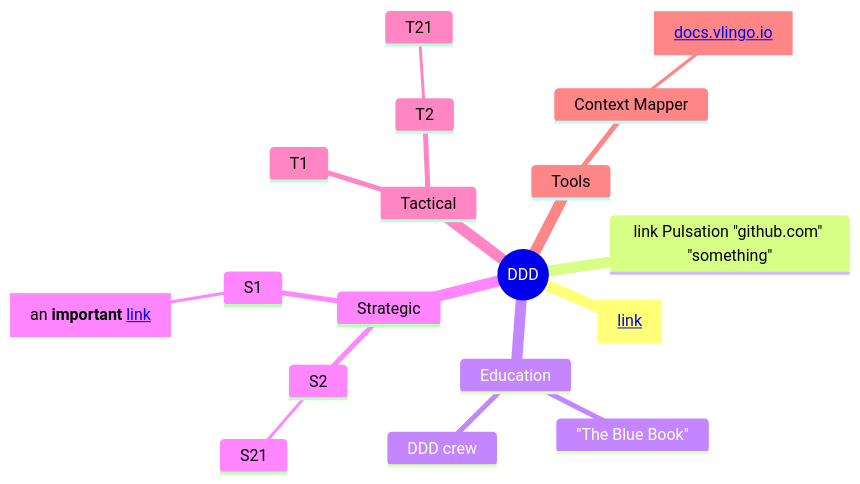
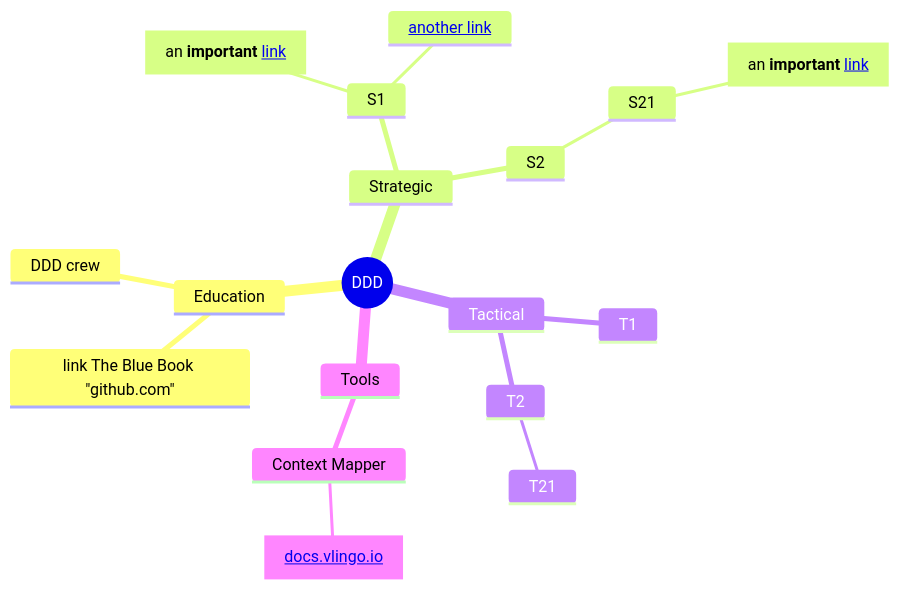
Before and after one commit to saojug/DDD: the first of 2 diagrams in README.md, drawn with Mermaid. The commit also changed other lines of this file, not shown here.

````diff
--- a/README.md
+++ b/README.md
@@ -3,21 +6,21 @@
 ```mermaid
 mindmap
   root((DDD))
-    Test[<a href='http://google.com'>link</a>]
-    link Pulsation "github.com" "something"
     Education
-      "The Blue Book"
+      link The Blue Book "github.com"
       DDD crew
     Strategic
       S1
-        B[an <b>important</b> <a href='http://google.com'>link</a>]
+        [an <b>important</b> <a href='http://google.com'>link</a>]
+        <a href='http://google.com'>another link</a>
       S2
         S21
+          [an <b>important</b> <a href='http://google.com'>link</a>]
     Tactical
       T1
       T2
         T21
     Tools
       Context Mapper
         vlingo[<a href='https://docs.vlingo.io'>docs.vlingo.io</a>]
 ```
````
